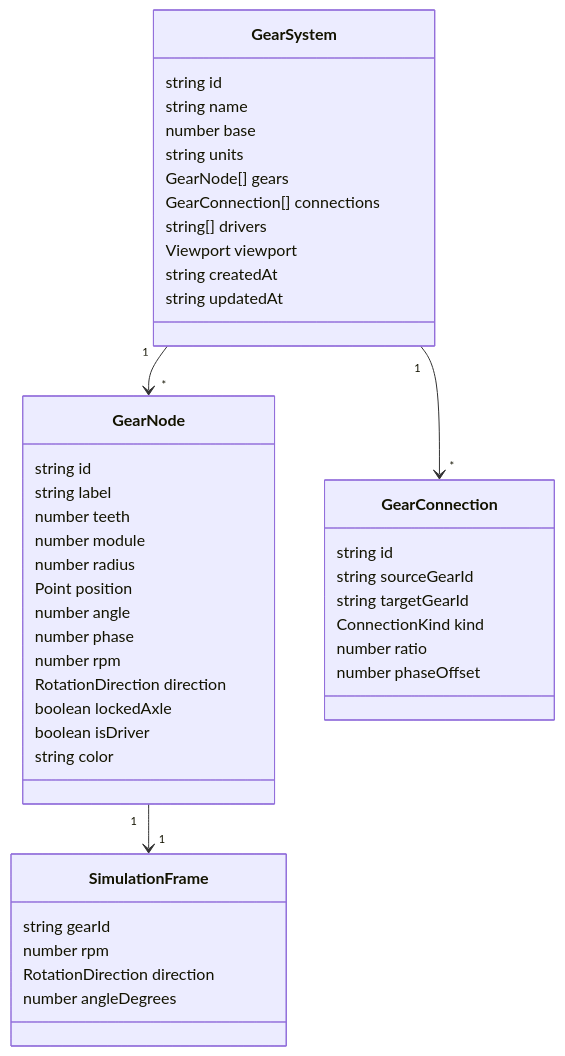
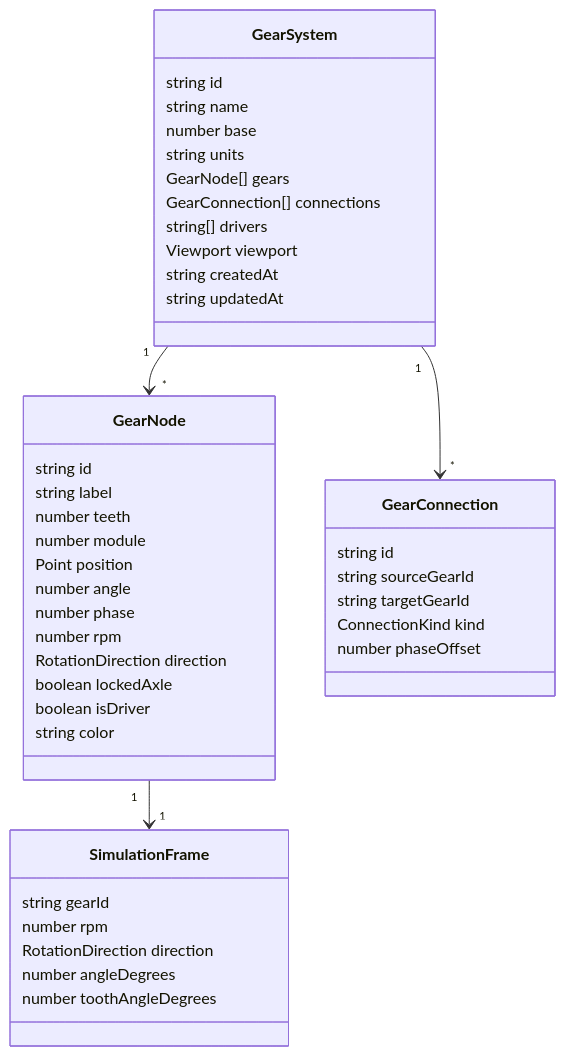
The second of 4 diagrams in docs/architecture/system-map.md (mjshuff23/interactive-gear-simulator), drawn with Mermaid before and after one commit. The commit also changed other lines of this file and 17 other files, not shown here.

````diff
--- a/docs/architecture/system-map.md
+++ b/docs/architecture/system-map.md
@@ -25,51 +27,50 @@
 ```mermaid
 classDiagram
   class GearSystem {
     string id
     string name
     number base
     string units
     GearNode[] gears
     GearConnection[] connections
     string[] drivers
     Viewport viewport
     string createdAt
     string updatedAt
   }
 
   class GearNode {
     string id
     string label
     number teeth
     number module
-    number radius
     Point position
     number angle
     number phase
     number rpm
     RotationDirection direction
     boolean lockedAxle
     boolean isDriver
     string color
   }
 
   class GearConnection {
     string id
     string sourceGearId
     string targetGearId
     ConnectionKind kind
-    number ratio
     number phaseOffset
   }
 
   class SimulationFrame {
     string gearId
     number rpm
     RotationDirection direction
     number angleDegrees
+    number toothAngleDegrees
   }
 
   GearSystem "1" --> "*" GearNode
   GearSystem "1" --> "*" GearConnection
   GearNode "1" --> "1" SimulationFrame
 ```
````
